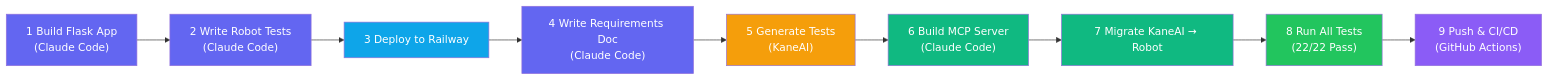
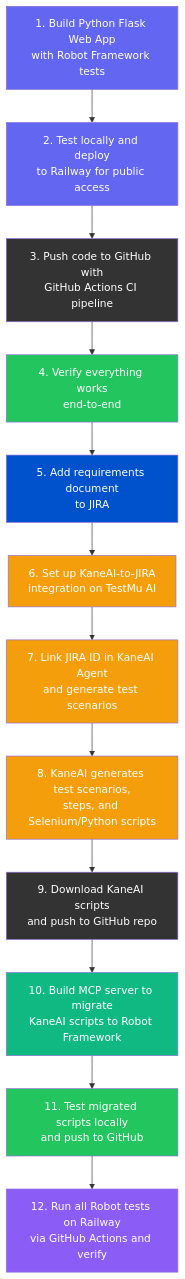
One commit to skallidah/flask-app-with-robot-tests changed the second of 4 diagrams in WORKFLOW_SUMMARY.md. Above: the diagram before and after it, drawn with Mermaid. The commit also changed other lines of this file and 1 other file, not shown here.

First line of the commit message:
Simplify diagrams and restructure guide around 12-step workflow

````diff
--- a/WORKFLOW_SUMMARY.md
+++ b/WORKFLOW_SUMMARY.md
@@ -60,21 +53,27 @@
 ```mermaid
-flowchart LR
-    A["1 Build Flask App<br/>(Claude Code)"] --> B["2 Write Robot Tests<br/>(Claude Code)"]
-    B --> C["3 Deploy to Railway"]
-    C --> D["4 Write Requirements Doc<br/>(Claude Code)"]
-    D --> E["5 Generate Tests<br/>(KaneAI)"]
-    E --> F["6 Build MCP Server<br/>(Claude Code)"]
-    F --> G["7 Migrate KaneAI → Robot"]
-    G --> H["8 Run All Tests<br/>(22/22 Pass)"]
-    H --> I["9 Push & CI/CD<br/>(GitHub Actions)"]
+flowchart TD
+    A["1. Build Python Flask Web App<br/>with Robot Framework tests"] --> B["2. Test locally and deploy<br/>to Railway for public access"]
+    B --> C["3. Push code to GitHub with<br/>GitHub Actions CI pipeline"]
+    C --> D["4. Verify everything works<br/>end-to-end"]
+    D --> E["5. Add requirements document<br/>to JIRA"]
+    E --> F["6. Set up KaneAI-to-JIRA<br/>integration on TestMu AI"]
+    F --> G["7. Link JIRA ID in KaneAI Agent<br/>and generate test scenarios"]
+    G --> H["8. KaneAI generates test scenarios,<br/>steps, and Selenium/Python scripts"]
+    H --> I["9. Download KaneAI scripts<br/>and push to GitHub repo"]
+    I --> J["10. Build MCP server to migrate<br/>KaneAI scripts to Robot Framework"]
+    J --> K["11. Test migrated scripts locally<br/>and push to GitHub"]
+    K --> L["12. Run all Robot tests on Railway<br/>via GitHub Actions and verify"]
 
     style A fill:#6366f1,color:#fff
     style B fill:#6366f1,color:#fff
-    style C fill:#0ea5e9,color:#fff
-    style D fill:#6366f1,color:#fff
-    style E fill:#f59e0b,color:#fff
-    style F fill:#10b981,color:#fff
-    style G fill:#10b981,color:#fff
-    style H fill:#22c55e,color:#fff
-    style I fill:#8b5cf6,color:#fff
+    style C fill:#333,color:#fff
+    style D fill:#22c55e,color:#fff
+    style E fill:#0052CC,color:#fff
+    style F fill:#f59e0b,color:#fff
+    style G fill:#f59e0b,color:#fff
+    style H fill:#f59e0b,color:#fff
+    style I fill:#333,color:#fff
+    style J fill:#10b981,color:#fff
+    style K fill:#22c55e,color:#fff
+    style L fill:#8b5cf6,color:#fff
 ```
````
